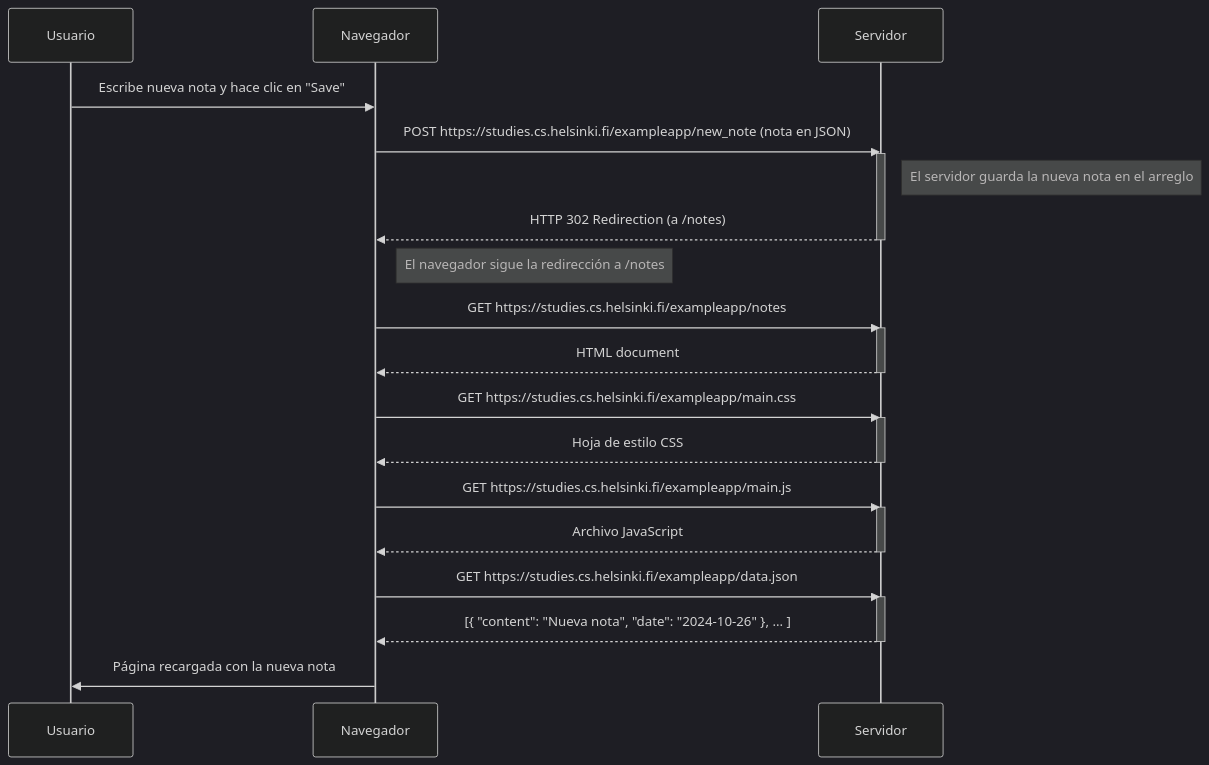
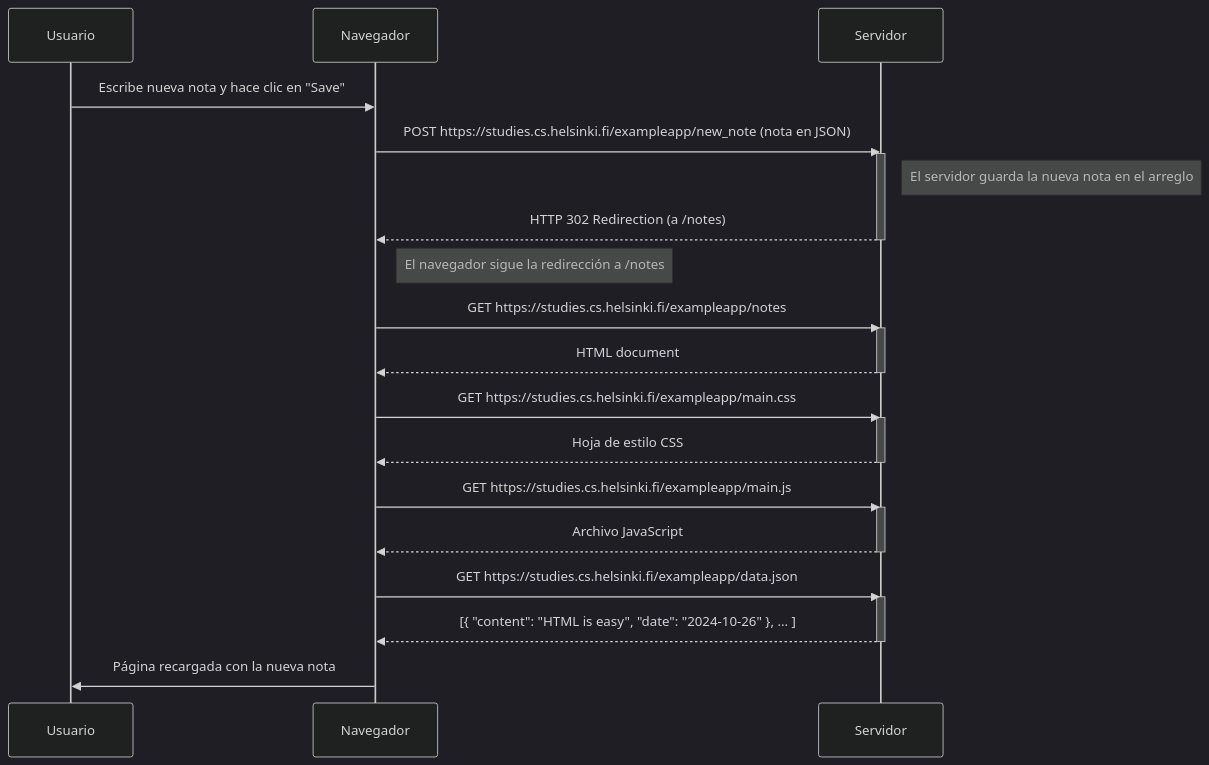
Before and after one commit to xing01/FullStackOpenYang: the diagram in part0/NewNoteDiagram.md, drawn with Mermaid (dark theme). The commit also changed 2 other files, not shown here.

Commit message:
Update Detailas of Part0 tasks

````diff
--- a/part0/NewNoteDiagram.md
+++ b/part0/NewNoteDiagram.md
@@ -3,42 +3,42 @@
 ```mermaid
 
 sequenceDiagram
 
     participant user as Usuario
     participant browser as Navegador
     participant server as Servidor
 
     user->>browser: Escribe nueva nota y hace clic en "Save"
     
     browser->>server: POST https://studies.cs.helsinki.fi/exampleapp/new_note (nota en JSON)
     activate server
     Note right of server: El servidor guarda la nueva nota en el arreglo
 
     server-->>browser: HTTP 302 Redirection (a /notes)
     deactivate server
 
     Note right of browser: El navegador sigue la redirección a /notes
     
     browser->>server: GET https://studies.cs.helsinki.fi/exampleapp/notes
     activate server
     server-->>browser: HTML document
     deactivate server
 
     browser->>server: GET https://studies.cs.helsinki.fi/exampleapp/main.css
     activate server
     server-->>browser: Hoja de estilo CSS
     deactivate server
 
     browser->>server: GET https://studies.cs.helsinki.fi/exampleapp/main.js
     activate server
     server-->>browser: Archivo JavaScript
     deactivate server
 
     browser->>server: GET https://studies.cs.helsinki.fi/exampleapp/data.json
     activate server
-    server-->>browser: [{ "content": "Nueva nota", "date": "2024-10-26" }, ... ]
+    server-->>browser: [{ "content": "HTML is easy", "date": "2024-10-26" }, ... ]
     deactivate server
 
     browser->>user: Página recargada con la nueva nota
 
 ```
````
